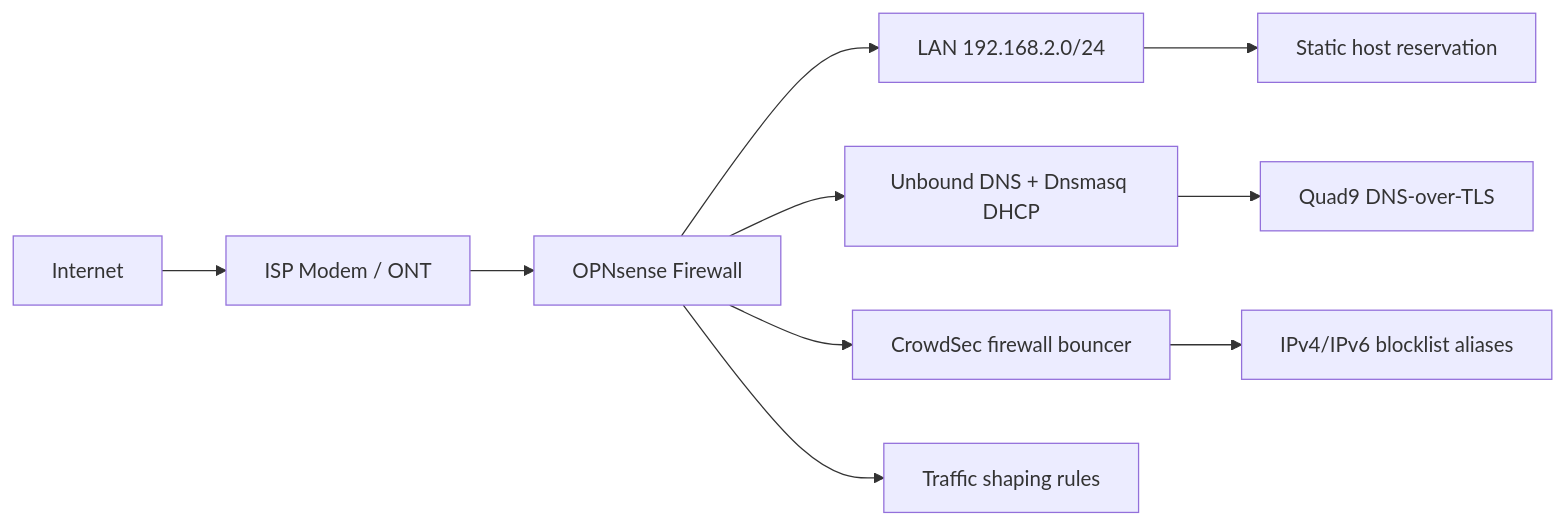
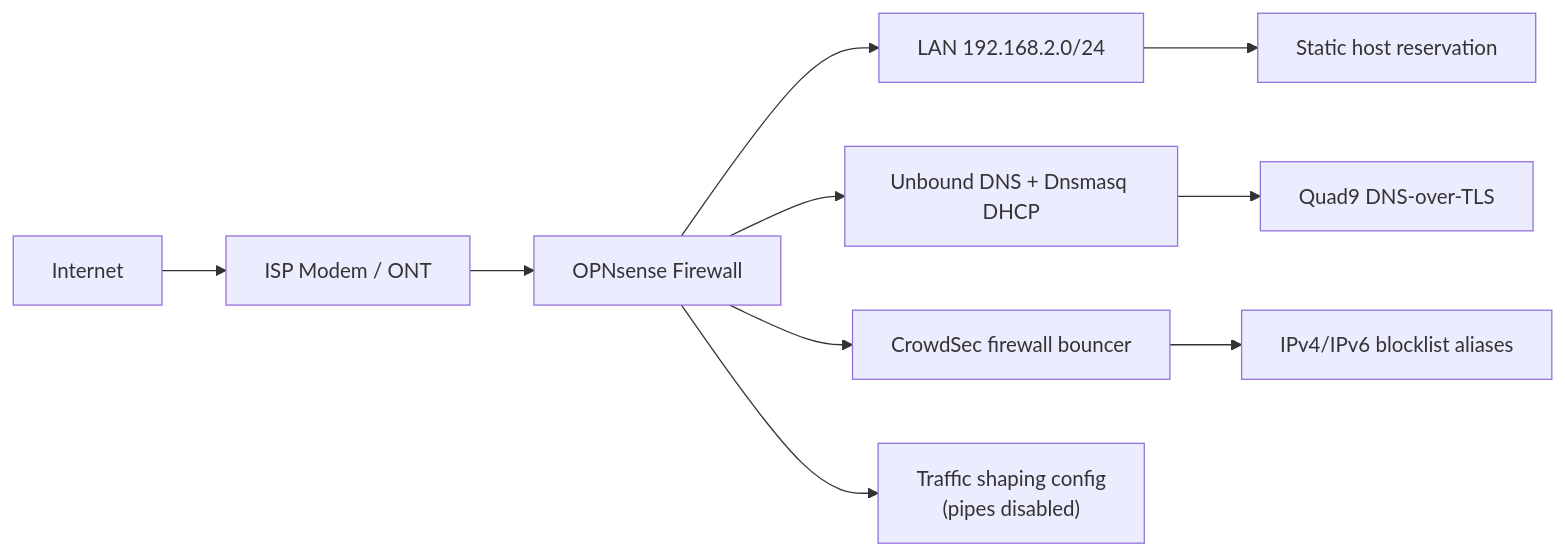
The first of 2 diagrams in README.md (srkyn/home-network-security), drawn with Mermaid before and after one commit. The commit also changed other lines of this file and 2 other files, not shown here.

Commit message:
Clarify traffic shaping status

````diff
--- a/README.md
+++ b/README.md
@@ -28,13 +28,13 @@
 ```mermaid
 flowchart LR
     Internet["Internet"] --> Modem["ISP Modem / ONT"]
     Modem --> Firewall["OPNsense Firewall"]
     Firewall --> LAN["LAN 192.168.2.0/24"]
     Firewall --> DNS["Unbound DNS + Dnsmasq DHCP"]
     Firewall --> CrowdSec["CrowdSec firewall bouncer"]
-    Firewall --> Shaper["Traffic shaping rules"]
+    Firewall --> Shaper["Traffic shaping config<br/>(pipes disabled)"]
 
     LAN --> Workstation["Static host reservation"]
     DNS --> Quad9["Quad9 DNS-over-TLS"]
     CrowdSec --> Blocklists["IPv4/IPv6 blocklist aliases"]
 ```
````
